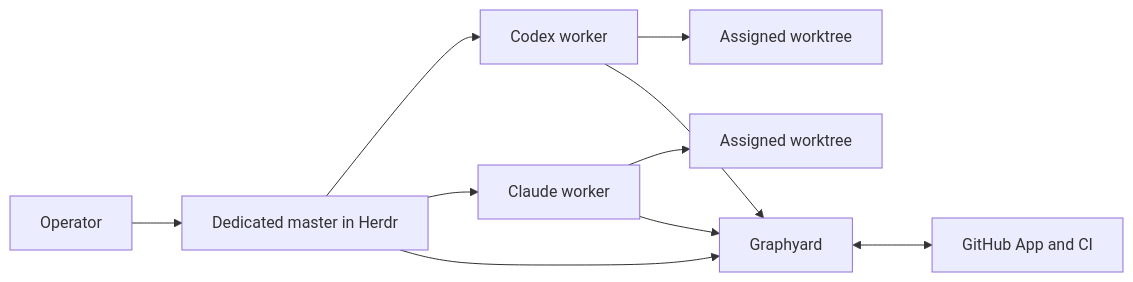
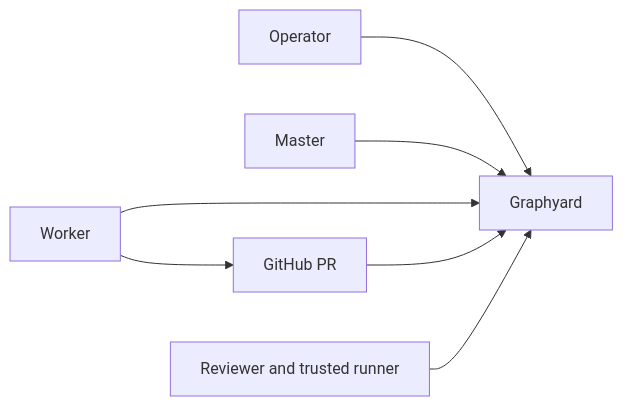
One commit to cryptob1/graphyard changed the diagram in docs/onboarding.md. Above: the diagram before and after it, drawn with Mermaid. The commit also changed other lines of this file and 13 other files, not shown here.

````diff
--- a/docs/onboarding.md
+++ b/docs/onboarding.md
@@ -9,12 +5,9 @@
 ```mermaid
 flowchart LR
-  O[Operator] --> M[Dedicated master in Herdr]
-  M --> C[Codex worker]
-  M --> A[Claude worker]
-  C --> W1[Assigned worktree]
-  A --> W2[Assigned worktree]
-  M --> G[Graphyard]
-  C --> G
-  A --> G
-  G <--> H[GitHub App and CI]
+  O[Operator] --> G[Graphyard]
+  M[Master] --> G
+  W[Worker] --> G
+  W --> P[GitHub PR]
+  P --> G
+  R[Reviewer and trusted runner] --> G
 ```
````
